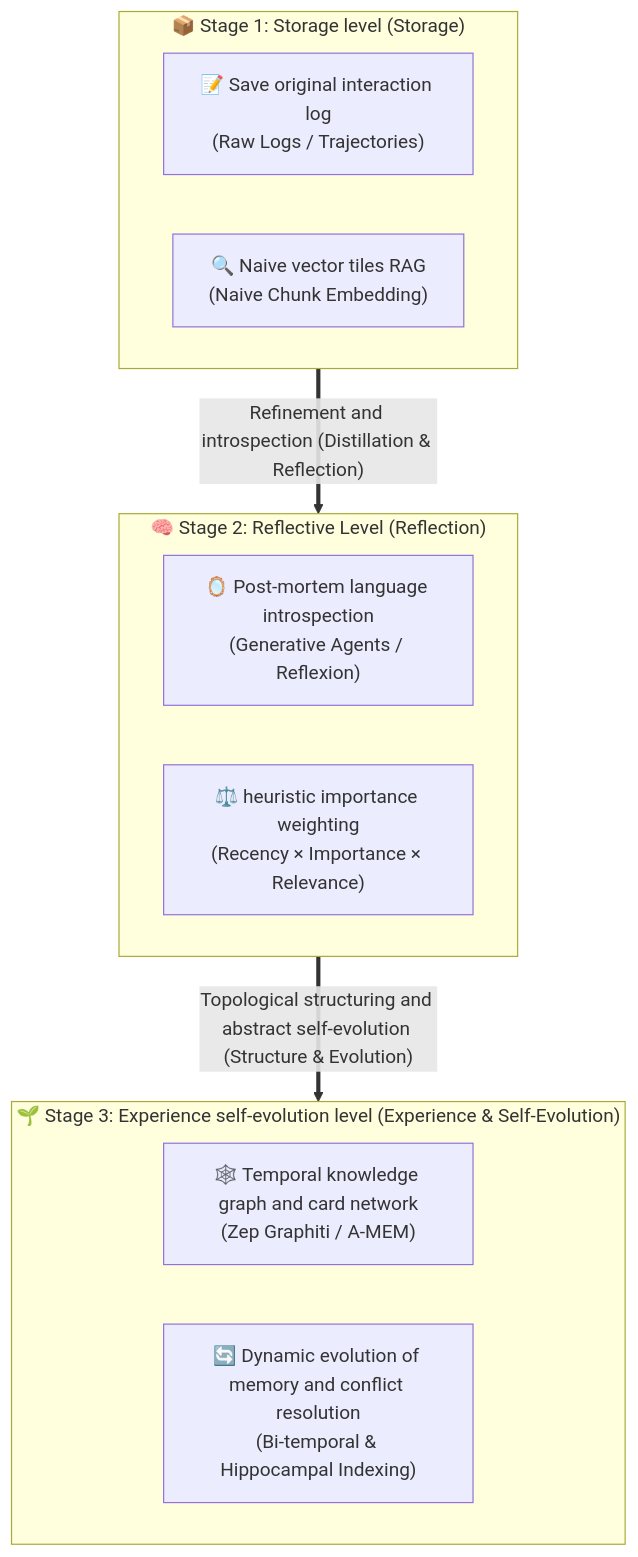
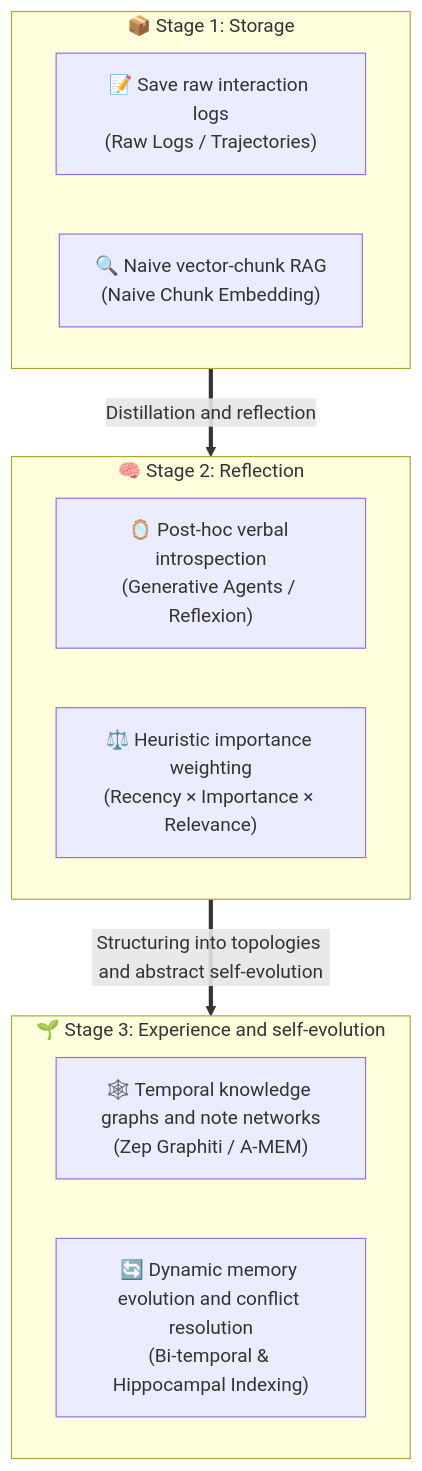
Diagram 11 of 50 in _translations/en/research/AI-Agent-Survey.md (TingdeLiu/tingdeliu.github.io), drawn with Mermaid before and after one commit. The commit also changed other lines of this file and 51 other files, not shown here.

````diff
--- a/_translations/en/research/AI-Agent-Survey.md
+++ b/_translations/en/research/AI-Agent-Survey.md
@@ -765,24 +765,24 @@
 ```mermaid
 %%{init: {'theme': 'base', 'themeVariables': { 'fontSize': '14px', 'fontFamily': '-apple-system, BlinkMacSystemFont, "Segoe UI", Roboto, Helvetica, Arial, sans-serif'}}}%%
 flowchart TD
-    subgraph S1 ["📦 Stage 1: Storage level (Storage)"]
+    subgraph S1 ["📦 Stage 1: Storage"]
         direction LR
-        S1_1["📝 Save original interaction log<br/>(Raw Logs / Trajectories)"]
-        S1_2["🔍 Naive vector tiles RAG<br/>(Naive Chunk Embedding)"]
+        S1_1["📝 Save raw interaction logs<br/>(Raw Logs / Trajectories)"]
+        S1_2["🔍 Naive vector-chunk RAG<br/>(Naive Chunk Embedding)"]
     end
 
-    subgraph S2 ["🧠 Stage 2: Reflective Level (Reflection)"]
+    subgraph S2 ["🧠 Stage 2: Reflection"]
         direction LR
-        S2_1["🪞 Post-mortem language introspection<br/>(Generative Agents / Reflexion)"]
-        S2_2["⚖️ heuristic importance weighting<br/>(Recency × Importance × Relevance)"]
+        S2_1["🪞 Post-hoc verbal introspection<br/>(Generative Agents / Reflexion)"]
+        S2_2["⚖️ Heuristic importance weighting<br/>(Recency × Importance × Relevance)"]
     end
 
-    subgraph S3 ["🌱 Stage 3: Experience self-evolution level (Experience & Self-Evolution)"]
+    subgraph S3 ["🌱 Stage 3: Experience and self-evolution"]
         direction LR
-        S3_1["🕸️ Temporal knowledge graph and card network<br/>(Zep Graphiti / A-MEM)"]
-        S3_2["🔄 Dynamic evolution of memory and conflict resolution<br/>(Bi-temporal & Hippocampal Indexing)"]
+        S3_1["🕸️ Temporal knowledge graphs and note networks<br/>(Zep Graphiti / A-MEM)"]
+        S3_2["🔄 Dynamic memory evolution and conflict resolution<br/>(Bi-temporal & Hippocampal Indexing)"]
     end
 
-    S1 ==>|"Refinement and introspection (Distillation & Reflection)"| S2
-    S2 ==>|"Topological structuring and abstract self-evolution (Structure & Evolution)"| S3
+    S1 ==>|"Distillation and reflection"| S2
+    S2 ==>|"Structuring into topologies and abstract self-evolution"| S3
 ```
````
